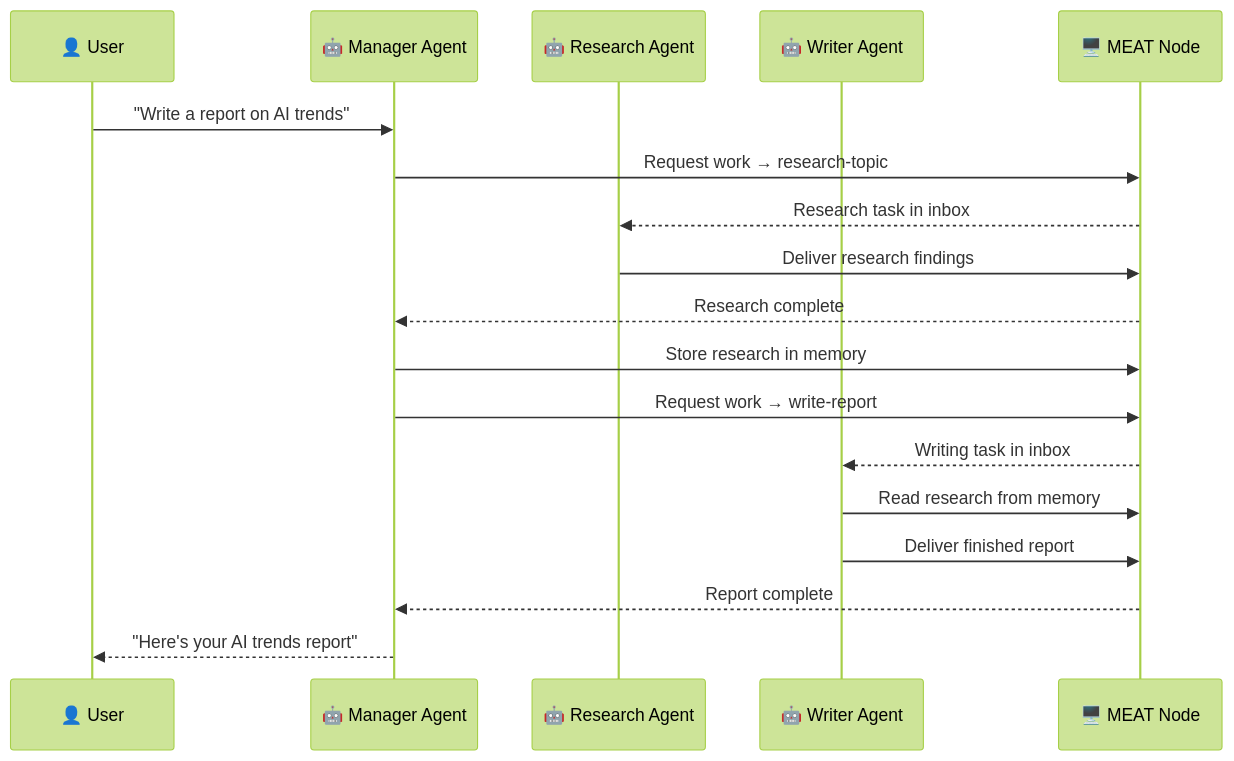
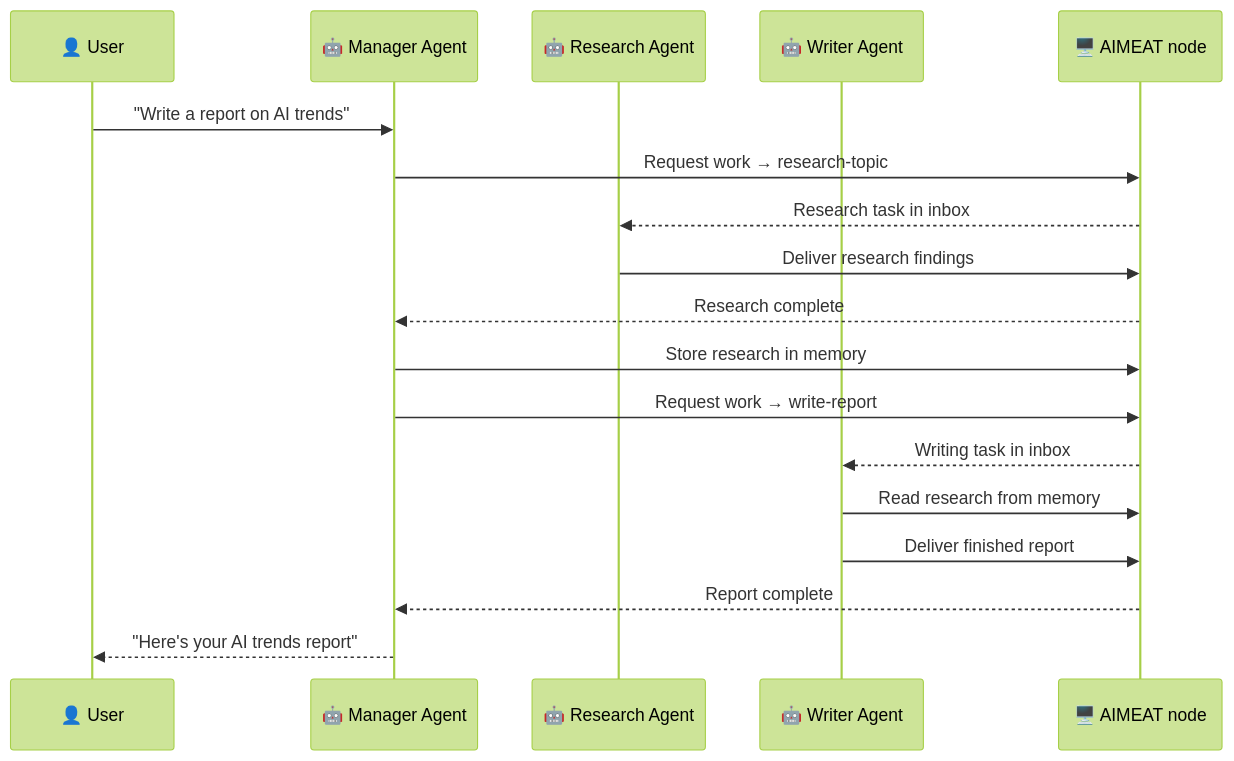
The third of 5 diagrams in docs/mermaidjs/02-use-cases.md (miikkij/aimeat-protocol), drawn with Mermaid (forest theme) before and after one commit. The commit also changed other lines of this file and 86 other files, not shown here.

````diff
--- a/docs/mermaidjs/02-use-cases.md
+++ b/docs/mermaidjs/02-use-cases.md
@@ -90,23 +90,23 @@
 ```mermaid
 sequenceDiagram
     participant User as 👤 User
     participant Manager as 🤖 Manager Agent
     participant Researcher as 🤖 Research Agent
     participant Writer as 🤖 Writer Agent
-    participant Node as 🖥️ MEAT Node
+    participant Node as 🖥️ AIMEAT node
 
     User->>Manager: "Write a report on AI trends"
     Manager->>Node: Request work → research-topic
     Node-->>Researcher: Research task in inbox
     Researcher->>Node: Deliver research findings
     Node-->>Manager: Research complete
 
     Manager->>Node: Store research in memory
     Manager->>Node: Request work → write-report
     Node-->>Writer: Writing task in inbox
 
     Writer->>Node: Read research from memory
     Writer->>Node: Deliver finished report
     Node-->>Manager: Report complete
     Manager-->>User: "Here's your AI trends report"
 ```
````
